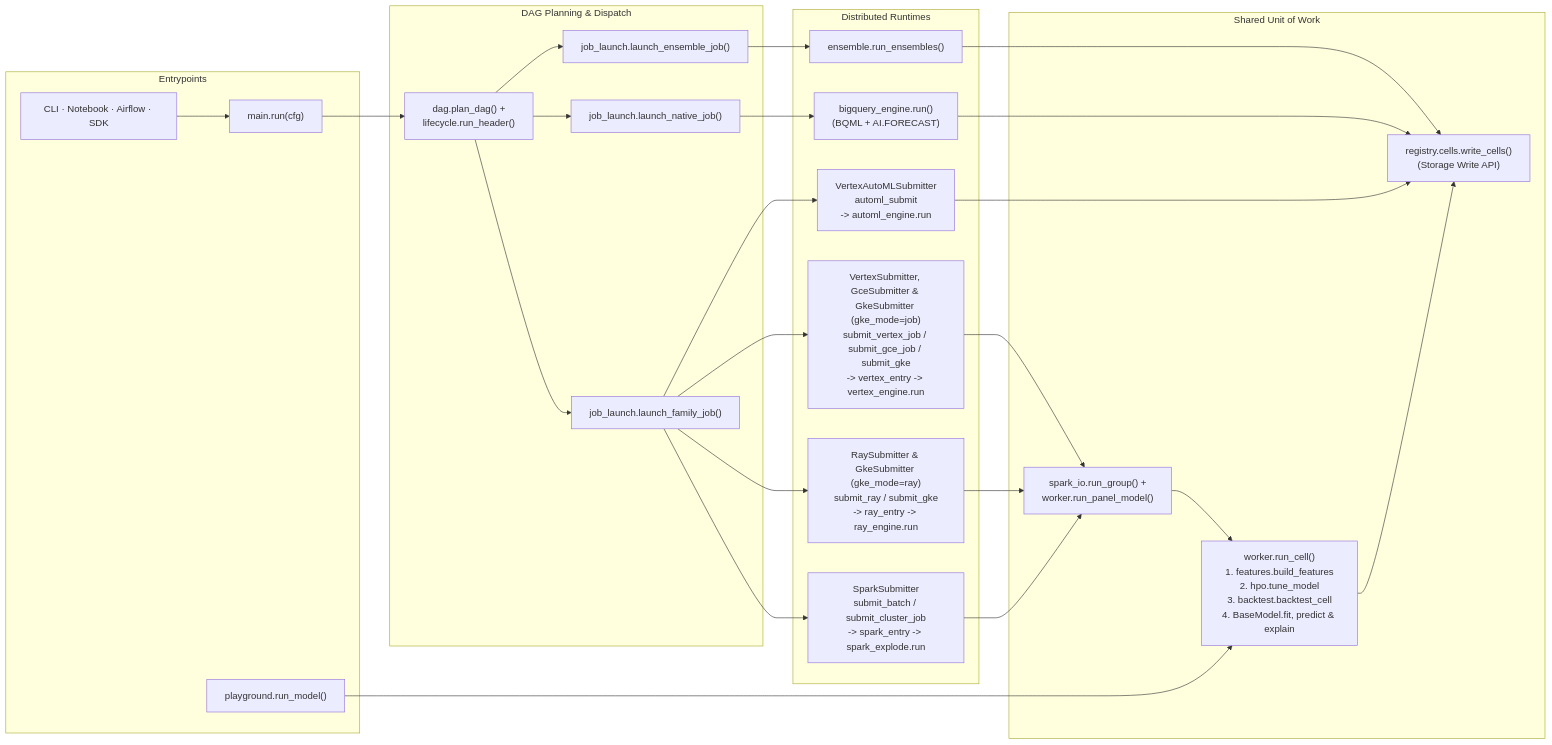
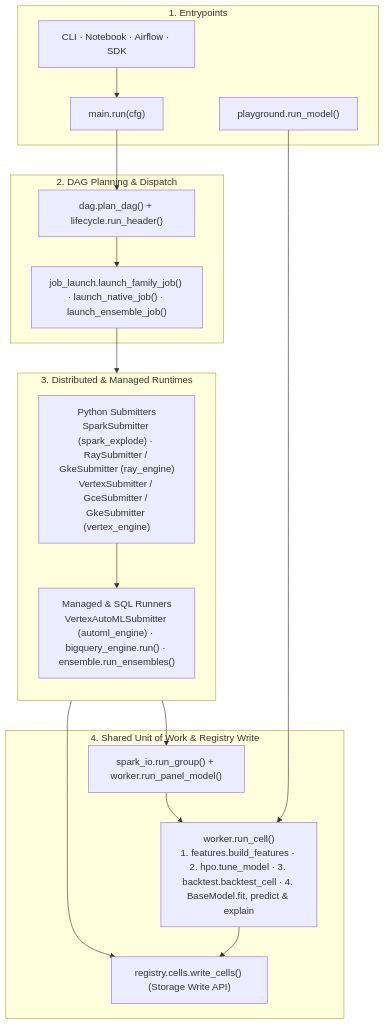
The second of 2 diagrams in docs/architecture.md (statmike/scale-forecasting), drawn with Mermaid before and after one commit. The commit also changed 17 other files, not shown here.

Commit message:
docs: fix GitHub MathJax text-mode underscores, convert wide Mermaid diagrams to vertical TD, and add tripwire

````diff
--- a/docs/architecture.md
+++ b/docs/architecture.md
@@ -429,29 +429,25 @@
 ```mermaid
-flowchart LR
-    subgraph Entry["Entrypoints"]
+flowchart TD
+    subgraph Entry["1. Entrypoints"]
         Caller["CLI · Notebook · Airflow · SDK"] --> MainRun["main.run(cfg)"]
         Play["playground.run_model()"]
     end
 
-    subgraph Orchestration["DAG Planning & Dispatch"]
-        MainRun --> PlanDag["dag.plan_dag() +<br/>lifecycle.run_header()"]
-        PlanDag --> FamLaunch["job_launch.launch_family_job()"]
-        PlanDag --> NatLaunch["job_launch.launch_native_job()"]
-        PlanDag --> EnsLaunch["job_launch.launch_ensemble_job()"]
+    subgraph Orchestration["2. DAG Planning & Dispatch"]
+        MainRun --> PlanDag["dag.plan_dag() + lifecycle.run_header()"]
+        PlanDag --> FamLaunch["job_launch.launch_family_job() · launch_native_job() · launch_ensemble_job()"]
     end
 
-    subgraph Runtimes["Distributed Runtimes"]
-        FamLaunch --> SparkSub["SparkSubmitter<br/>submit_batch / submit_cluster_job<br/>-> spark_entry -> spark_explode.run"]
-        FamLaunch --> RaySub["RaySubmitter & GkeSubmitter (gke_mode=ray)<br/>submit_ray / submit_gke<br/>-> ray_entry -> ray_engine.run"]
-        FamLaunch --> VtxSub["VertexSubmitter, GceSubmitter & GkeSubmitter (gke_mode=job)<br/>submit_vertex_job / submit_gce_job / submit_gke<br/>-> vertex_entry -> vertex_engine.run"]
-        FamLaunch --> AutoMLSub["VertexAutoMLSubmitter<br/>automl_submit<br/>-> automl_engine.run"]
-        NatLaunch --> BQRun["bigquery_engine.run()<br/>(BQML + AI.FORECAST)"]
-        EnsLaunch --> EnsRun["ensemble.run_ensembles()"]
+    subgraph Runtimes["3. Distributed & Managed Runtimes"]
+        direction TB
+        PySubs["Python Submitters<br/>SparkSubmitter (spark_explode) · RaySubmitter / GkeSubmitter (ray_engine)<br/>VertexSubmitter / GceSubmitter / GkeSubmitter (vertex_engine)"]
+        MgdSubs["Managed & SQL Runners<br/>VertexAutoMLSubmitter (automl_engine) · bigquery_engine.run() · ensemble.run_ensembles()"]
+        FamLaunch --> PySubs --> MgdSubs
     end
 
-    subgraph Worker["Shared Unit of Work"]
-        SparkSub & RaySub & VtxSub --> RunGroup["spark_io.run_group() +<br/>worker.run_panel_model()"]
-        RunGroup & Play --> RunCell["worker.run_cell()<br/>1. features.build_features<br/>2. hpo.tune_model<br/>3. backtest.backtest_cell<br/>4. BaseModel.fit, predict & explain"]
-        RunCell & AutoMLSub & BQRun & EnsRun --> WriteCells["registry.cells.write_cells()<br/>(Storage Write API)"]
+    subgraph Worker["4. Shared Unit of Work & Registry Write"]
+        PySubs --> RunGroup["spark_io.run_group() + worker.run_panel_model()"]
+        RunGroup & Play --> RunCell["worker.run_cell()<br/>1. features.build_features · 2. hpo.tune_model · 3. backtest.backtest_cell · 4. BaseModel.fit, predict & explain"]
+        RunCell & MgdSubs --> WriteCells["registry.cells.write_cells() (Storage Write API)"]
     end
 ```
````
